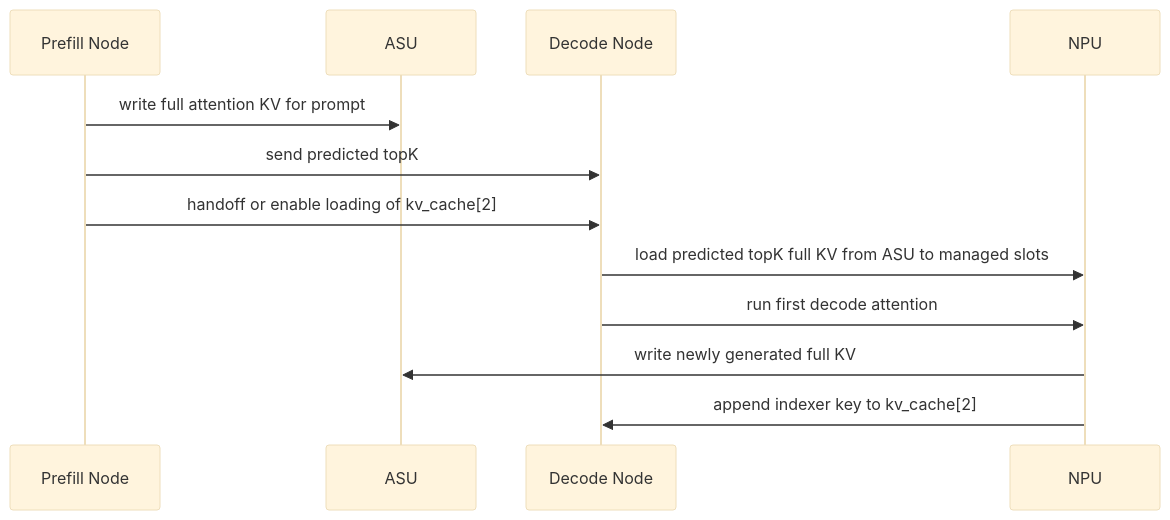
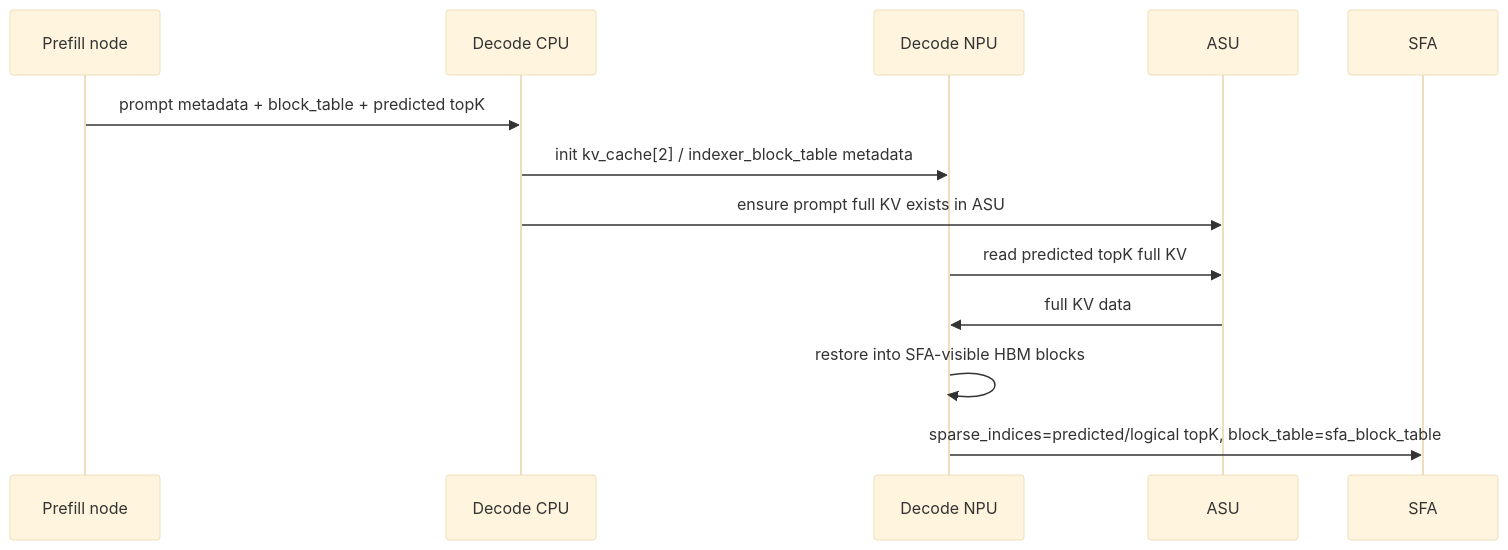
The third of 7 diagrams in docs/draft/2026-06-02-npu-hbm-kvcache-management-draft.md (ykfnxx/ASU-Ascend), drawn with Mermaid (base theme) before and after one commit. The commit also changed other lines of this file, not shown here.

Commit message:
Rewrite ASU-backed KVCache draft

````diff
--- a/docs/draft/2026-06-02-npu-hbm-kvcache-management-draft.md
+++ b/docs/draft/2026-06-02-npu-hbm-kvcache-management-draft.md
@@ -437,15 +332,16 @@
 ```mermaid
 sequenceDiagram
-    participant P as Prefill Node
+    participant P as Prefill node
+    participant D as Decode CPU
+    participant N as Decode NPU
     participant A as ASU
-    participant D as Decode Node
-    participant N as NPU
+    participant S as SFA
 
-    P->>A: write full attention KV for prompt
-    P->>D: send predicted topK
-    P->>D: handoff or enable loading of kv_cache[2]
-    D->>N: load predicted topK full KV from ASU to managed slots
-    D->>N: run first decode attention
-    N->>A: write newly generated full KV
-    N->>D: append indexer key to kv_cache[2]
+    P->>D: prompt metadata + block_table + predicted topK
+    D->>N: init kv_cache[2] / indexer_block_table metadata
+    D->>A: ensure prompt full KV exists in ASU
+    N->>A: read predicted topK full KV
+    A->>N: full KV data
+    N->>N: restore into SFA-visible HBM blocks
+    N->>S: sparse_indices=predicted/logical topK, block_table=sfa_block_table
 ```
````
